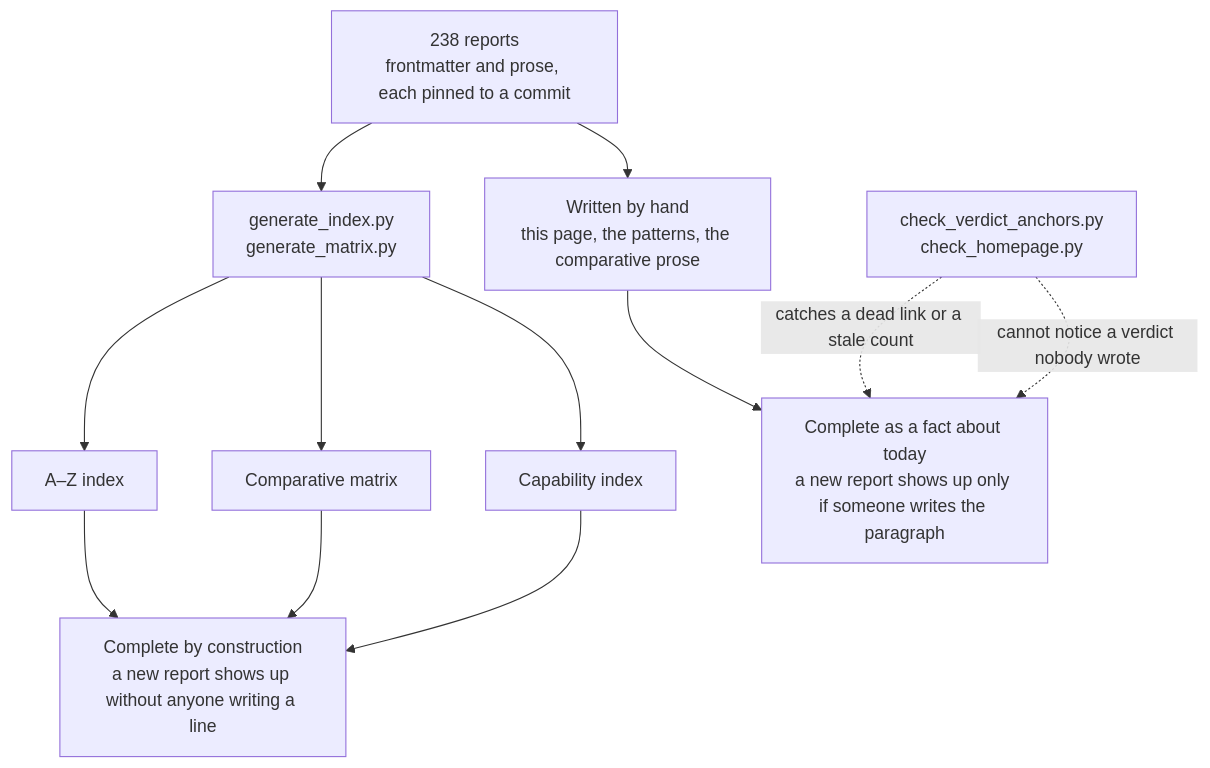
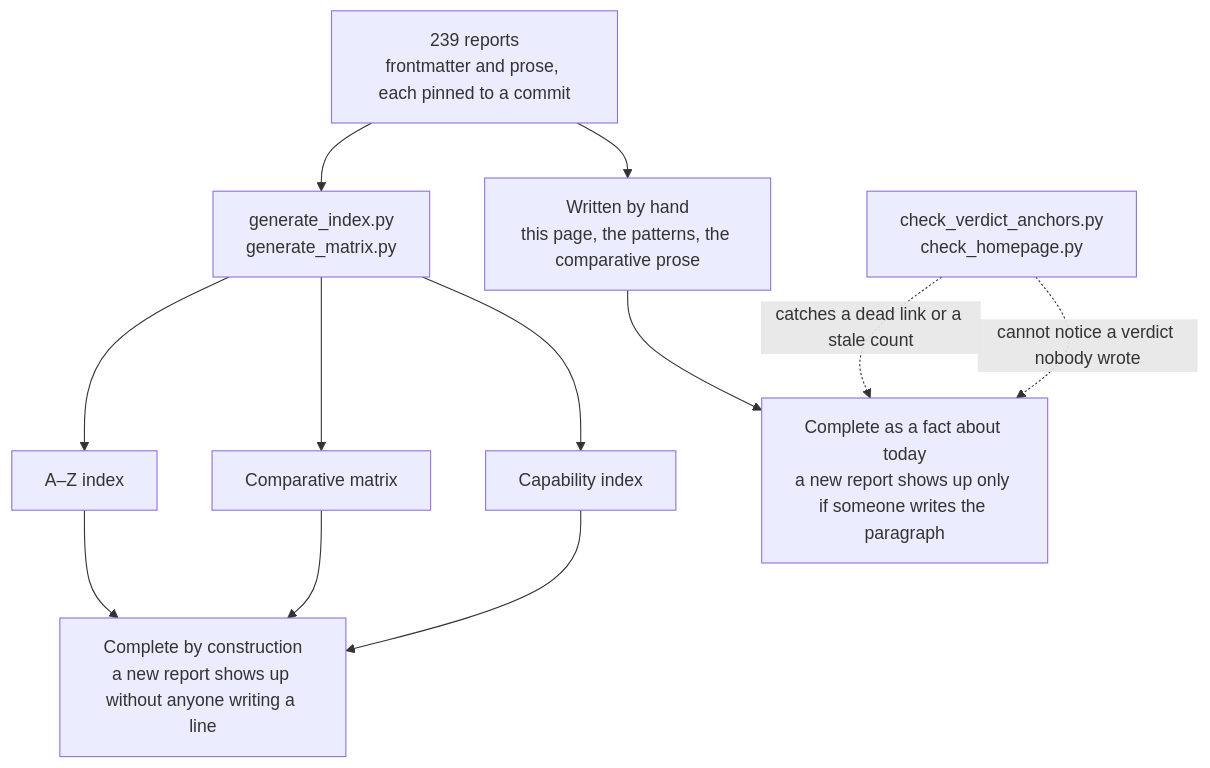
Before and after one commit to neoneye/agent-memory-atlas: the diagram in content/verdicts.md, drawn with Mermaid. The commit also changed other lines of this file and 23 other files, not shown here.

````diff
--- a/content/verdicts.md
+++ b/content/verdicts.md
@@ -40,15 +40,15 @@
 ```mermaid
 flowchart TD
-    R["238 reports<br/>frontmatter and prose, each pinned to a commit"]
+    R["239 reports<br/>frontmatter and prose, each pinned to a commit"]
     R --> GEN["generate_index.py<br/>generate_matrix.py"]
     R --> HAND["Written by hand<br/>this page, the patterns, the comparative prose"]
     GEN --> AZ["A–Z index"]
     GEN --> MX["Comparative matrix"]
     GEN --> CI["Capability index"]
     AZ --> CONST["Complete by construction<br/>a new report shows up without anyone writing a line"]
     MX --> CONST
     CI --> CONST
     HAND --> TODAY["Complete as a fact about today<br/>a new report shows up only if someone writes the paragraph"]
     CHK["check_verdict_anchors.py<br/>check_homepage.py"] -.->|"catches a dead link or a stale count"| TODAY
     CHK -.->|"cannot notice a verdict nobody wrote"| TODAY
 ```
````
